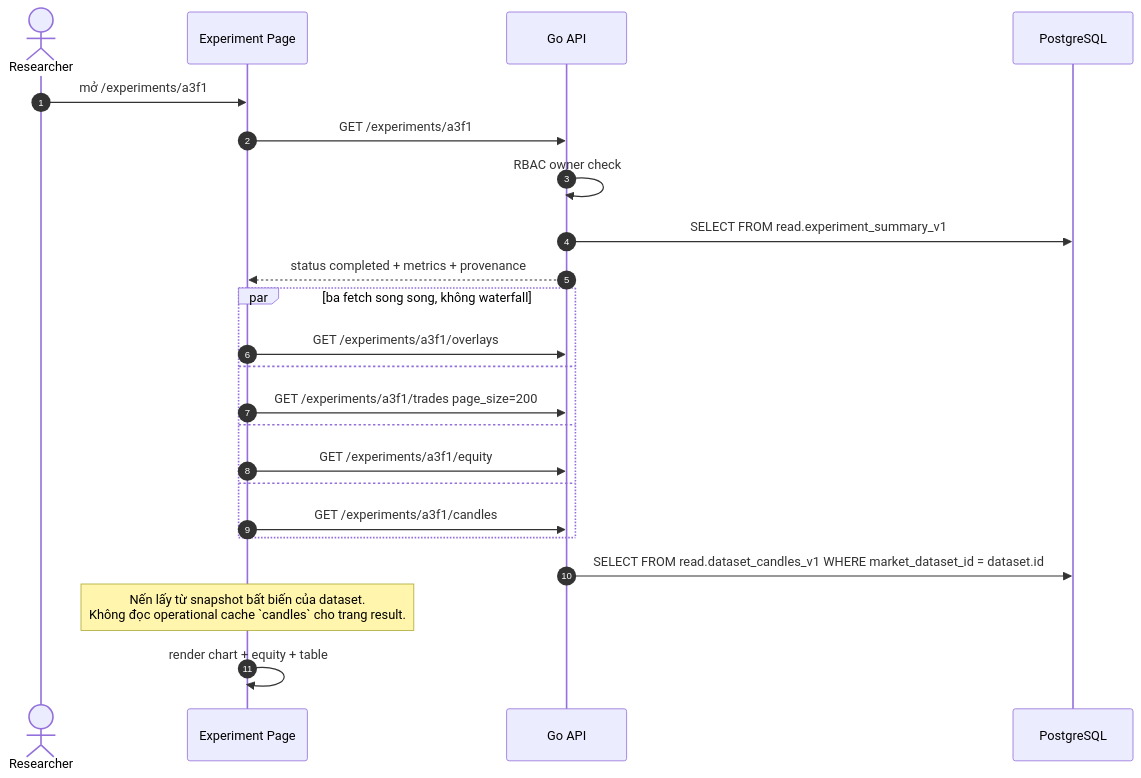
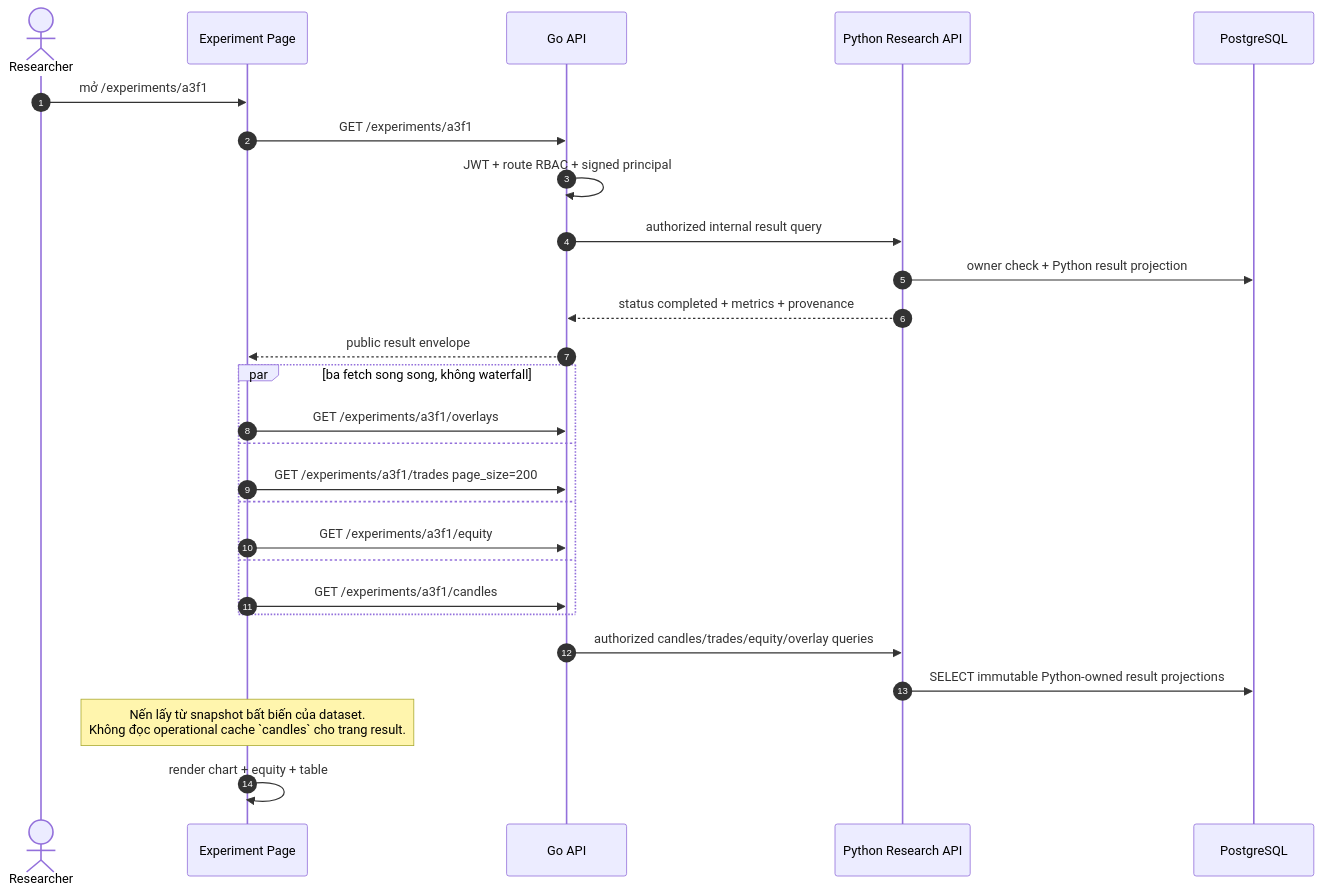
Before and after one commit to EnsoTech-Studio/CryptoBot: the first of 2 diagrams in blueprint/specs/visualization.md, drawn with Mermaid. The commit also changed other lines of this file and 129 other files, not shown here.

Commit message:
docs(blueprint): define agent architecture

````diff
--- a/blueprint/specs/visualization.md
+++ b/blueprint/specs/visualization.md
@@ -206,27 +215,31 @@
 ```mermaid
 sequenceDiagram
     autonumber
     actor U as Researcher
     participant PG as Experiment Page
     participant API as Go API
+    participant PY as Python Research API
     participant DB as PostgreSQL
 
     U->>PG: mở /experiments/a3f1
     PG->>API: GET /experiments/a3f1
-    API->>API: RBAC owner check
-    API->>DB: SELECT FROM read.experiment_summary_v1
-    API-->>PG: status completed + metrics + provenance
+    API->>API: JWT + route RBAC + signed principal
+    API->>PY: authorized internal result query
+    PY->>DB: owner check + Python result projection
+    PY-->>API: status completed + metrics + provenance
+    API-->>PG: public result envelope
 
     par ba fetch song song, không waterfall
         PG->>API: GET /experiments/a3f1/overlays
     and
         PG->>API: GET /experiments/a3f1/trades page_size=200
         and
         PG->>API: GET /experiments/a3f1/equity
     and
         PG->>API: GET /experiments/a3f1/candles
     end
-    API->>DB: SELECT FROM read.dataset_candles_v1 WHERE market_dataset_id = dataset.id
+    API->>PY: authorized candles/trades/equity/overlay queries
+    PY->>DB: SELECT immutable Python-owned result projections
     Note over PG: Nến lấy từ snapshot bất biến của dataset.<br/>Không đọc operational cache `candles` cho trang result.
     PG->>PG: render chart + equity + table
 ```
````
